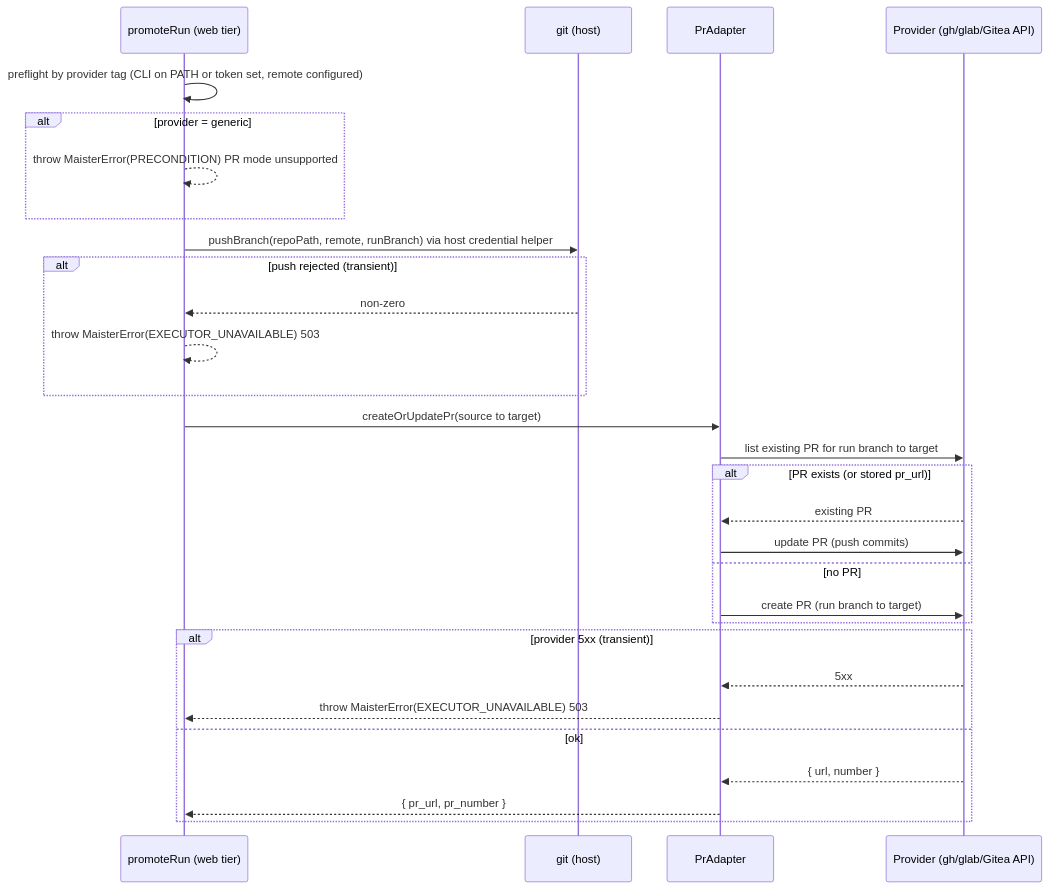
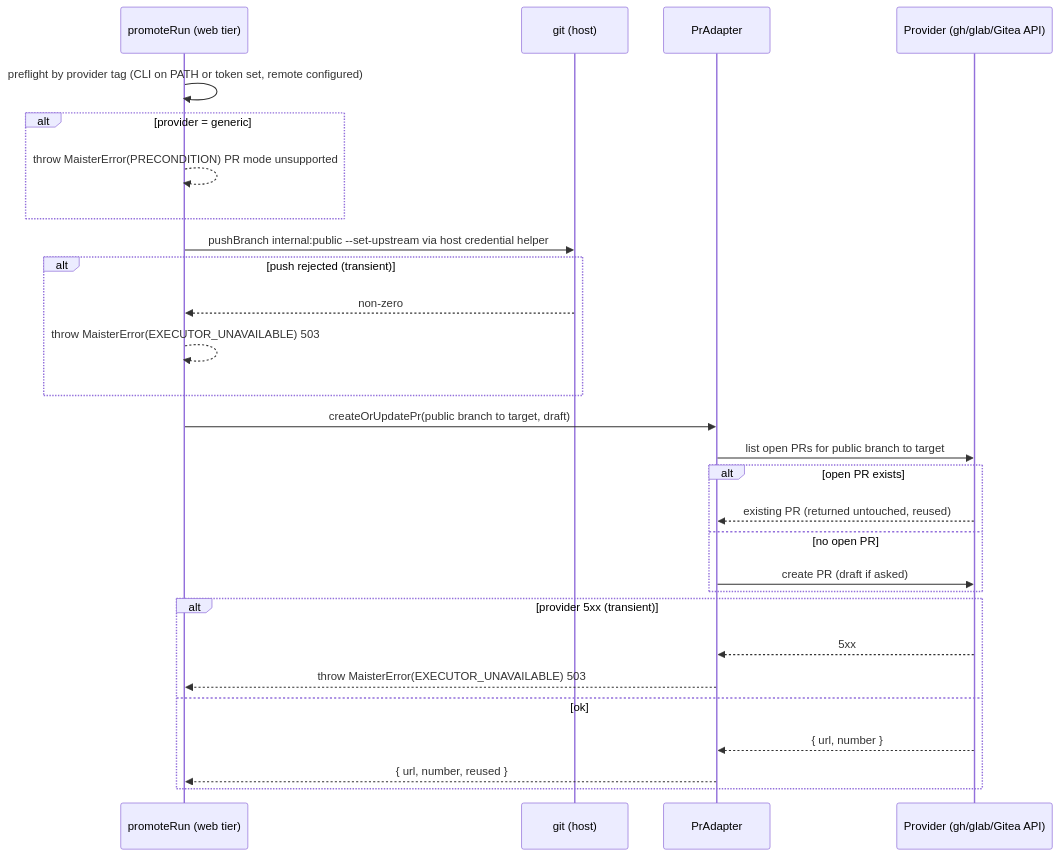
The sixth of 10 diagrams in docs/system-analytics/git-integration.md (maister-dev/maister), drawn with Mermaid before and after one commit. The commit also changed other lines of this file and 35 other files, not shown here.

````diff
--- a/docs/system-analytics/git-integration.md
+++ b/docs/system-analytics/git-integration.md
@@ -253,32 +256,31 @@
 ```mermaid
 sequenceDiagram
     participant PS as promoteRun (web tier)
     participant GIT as git (host)
     participant PA as PrAdapter
     participant PROV as Provider (gh/glab/Gitea API)
 
     PS->>PS: preflight by provider tag (CLI on PATH or token set, remote configured)
     alt provider = generic
         PS-->>PS: throw MaisterError(PRECONDITION) PR mode unsupported
     end
-    PS->>GIT: pushBranch(repoPath, remote, runBranch) via host credential helper
+    PS->>GIT: pushBranch internal:public --set-upstream via host credential helper
     alt push rejected (transient)
         GIT-->>PS: non-zero
         PS-->>PS: throw MaisterError(EXECUTOR_UNAVAILABLE) 503
     end
-    PS->>PA: createOrUpdatePr(source to target)
-    PA->>PROV: list existing PR for run branch to target
-    alt PR exists (or stored pr_url)
-        PROV-->>PA: existing PR
-        PA->>PROV: update PR (push commits)
-    else no PR
-        PA->>PROV: create PR (run branch to target)
+    PS->>PA: createOrUpdatePr(public branch to target, draft)
+    PA->>PROV: list open PRs for public branch to target
+    alt open PR exists
+        PROV-->>PA: existing PR (returned untouched, reused)
+    else no open PR
+        PA->>PROV: create PR (draft if asked)
     end
     alt provider 5xx (transient)
         PROV-->>PA: 5xx
         PA-->>PS: throw MaisterError(EXECUTOR_UNAVAILABLE) 503
     else ok
         PROV-->>PA: { url, number }
-        PA-->>PS: { pr_url, pr_number }
+        PA-->>PS: { url, number, reused }
     end
 ```
````
